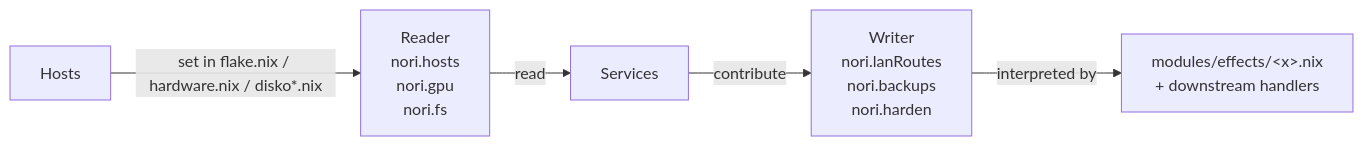
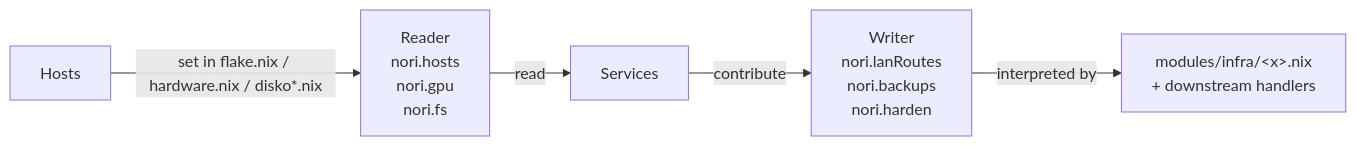
Before and after one commit to phibkro/homelab: the diagram in docs/glossary.md, drawn with Mermaid. The commit also changed other lines of this file and 42 other files, not shown here.

First line of the commit message:
refactor(infra): drain modules/effects/ to modules/infra/ (Phase 3f)

````diff
--- a/docs/glossary.md
+++ b/docs/glossary.md
@@ -58,7 +58,7 @@
 ```mermaid
 flowchart LR
   Hosts -- "set in flake.nix / hardware.nix / disko*.nix" --> R["Reader<br/>nori.hosts<br/>nori.gpu<br/>nori.fs"]
   R -- read --> Services
   Services -- "contribute" --> W["Writer<br/>nori.lanRoutes<br/>nori.backups<br/>nori.harden"]
-  W -- "interpreted by" --> G["modules/effects/&lt;x&gt;.nix<br/>+ downstream handlers"]
+  W -- "interpreted by" --> G["modules/infra/&lt;x&gt;.nix<br/>+ downstream handlers"]
 ```
````
